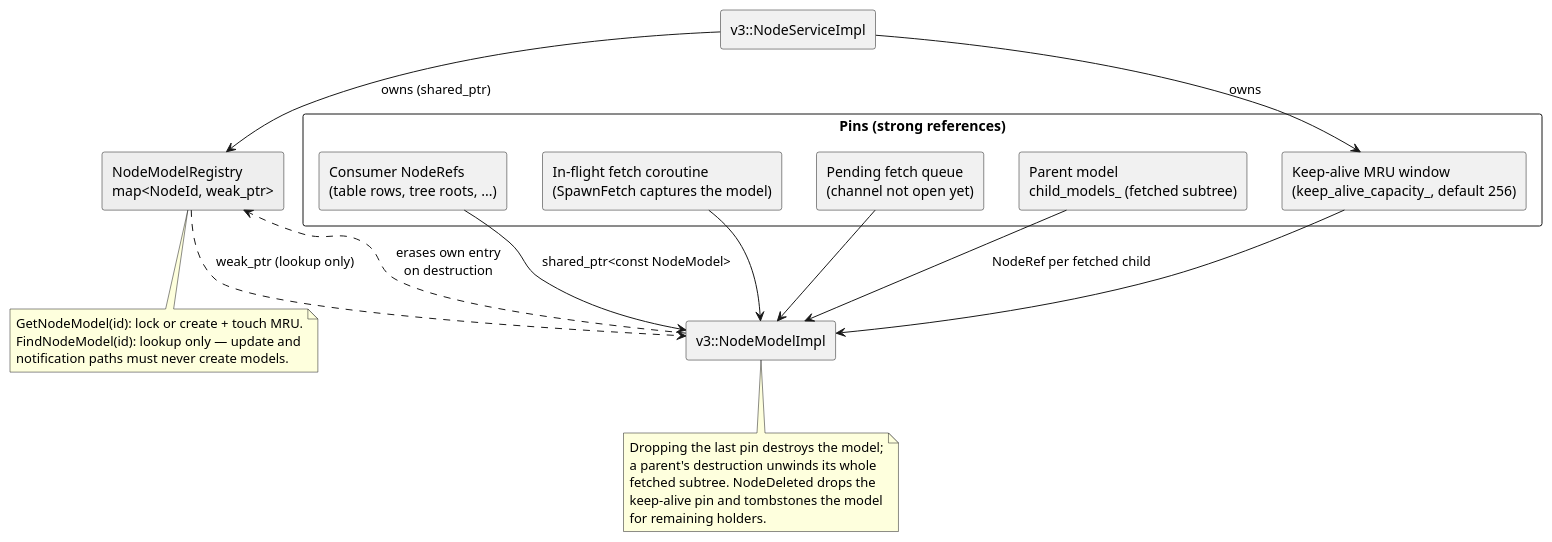
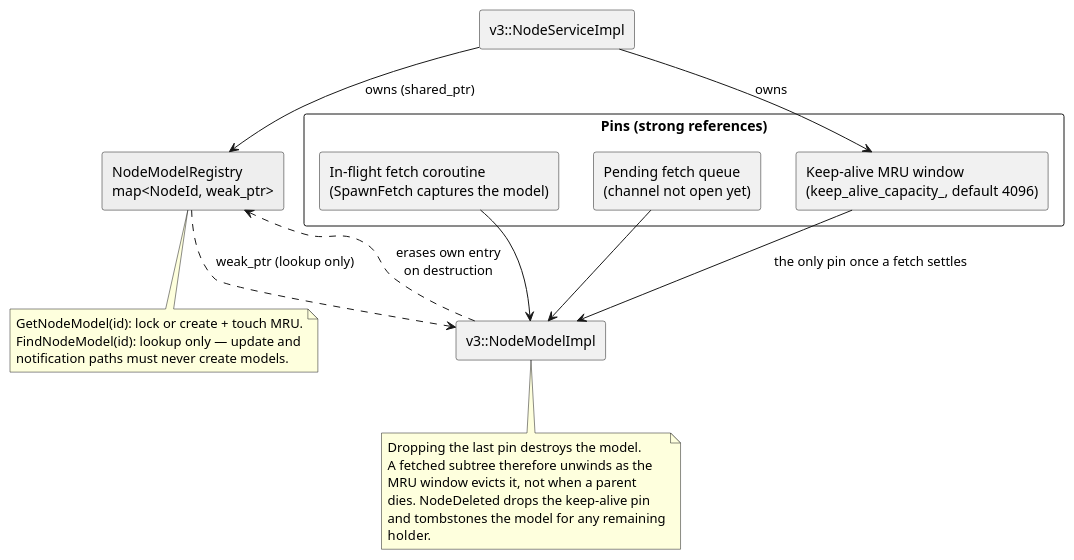
The diagram in docs/diagrams/node_service_residency.puml (alexsmn/scada-common), drawn with PlantUML before and after one commit. The commit also changed 25 other files, not shown here.

```diff
--- a/docs/diagrams/node_service_residency.puml
+++ b/docs/diagrams/node_service_residency.puml
@@ -1,43 +1,40 @@
 @startuml node_service_residency
 ' Who keeps a v3 node model alive. The registry itself only tracks models
 ' weakly; when the last pin drops, the model unregisters itself and the
 ' fetched data is released.
 skinparam backgroundColor #FFFFFF
 skinparam shadowing false
 
 rectangle "Pins (strong references)" as pins {
-  rectangle "Consumer NodeRefs\n(table rows, tree roots, ...)" as consumers
   rectangle "In-flight fetch coroutine\n(SpawnFetch captures the model)" as fetch
   rectangle "Pending fetch queue\n(channel not open yet)" as pending
-  rectangle "Parent model\nchild_models_ (fetched subtree)" as parent
-  rectangle "Keep-alive MRU window\n(keep_alive_capacity_, default 256)" as lru
+  rectangle "Keep-alive MRU window\n(keep_alive_capacity_, default 4096)" as lru
 }
 
 rectangle "v3::NodeServiceImpl" as service
 rectangle "NodeModelRegistry\nmap<NodeId, weak_ptr>" as registry #EEEEEE
 rectangle "v3::NodeModelImpl" as model
 
-consumers --> model : shared_ptr<const NodeModel>
 fetch --> model
 pending --> model
-parent --> model : NodeRef per fetched child
-lru --> model
+lru --> model : the only pin once a fetch settles
 service --> registry : owns (shared_ptr)
 service --> lru : owns
 model ..> registry : erases own entry\non destruction
 registry ..> model : weak_ptr (lookup only)
 
 note bottom of registry
   GetNodeModel(id): lock or create + touch MRU.
   FindNodeModel(id): lookup only — update and
   notification paths must never create models.
 end note
 
 note bottom of model
-  Dropping the last pin destroys the model;
-  a parent's destruction unwinds its whole
-  fetched subtree. NodeDeleted drops the
-  keep-alive pin and tombstones the model
-  for remaining holders.
+  Dropping the last pin destroys the model.
+  A fetched subtree therefore unwinds as the
+  MRU window evicts it, not when a parent
+  dies. NodeDeleted drops the keep-alive pin
+  and tombstones the model for any remaining
+  holder.
 end note
 @enduml
```
